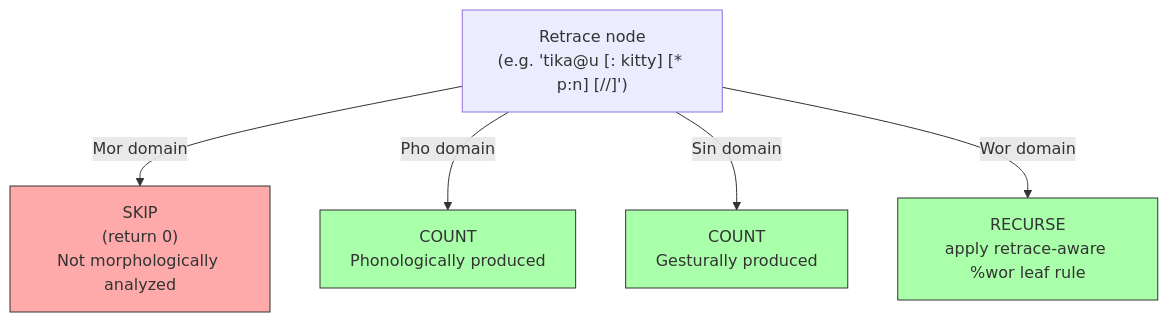
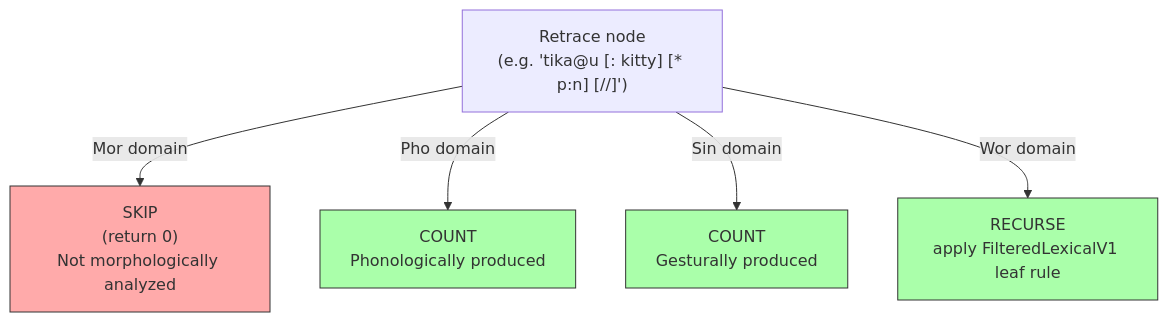
The third of 3 diagrams in book/src/chat-format/retraces.md (TalkBank/chatter), drawn with Mermaid before and after one commit. The commit also changed other lines of this file and 950 other files, not shown here.

````diff
--- a/book/src/chat-format/retraces.md
+++ b/book/src/chat-format/retraces.md
@@ -191,14 +182,14 @@
 ```mermaid
 flowchart TD
     RT["Retrace node\n(e.g. 'tika@u [: kitty] [* p:n] [//]')"]
 
     RT -->|"Mor domain"| SKIP["SKIP\n(return 0)\nNot morphologically analyzed"]
     RT -->|"Pho domain"| COUNT["COUNT\nPhonologically produced"]
     RT -->|"Sin domain"| COUNT2["COUNT\nGesturally produced"]
-    RT -->|"Wor domain"| COUNT3["RECURSE\napply retrace-aware %wor leaf rule"]
+    RT -->|"Wor domain"| COUNT3["RECURSE\napply FilteredLexicalV1 leaf rule"]
 
     style SKIP fill:#faa,stroke:#333
     style COUNT fill:#afa,stroke:#333
     style COUNT2 fill:#afa,stroke:#333
     style COUNT3 fill:#afa,stroke:#333
 ```
````
